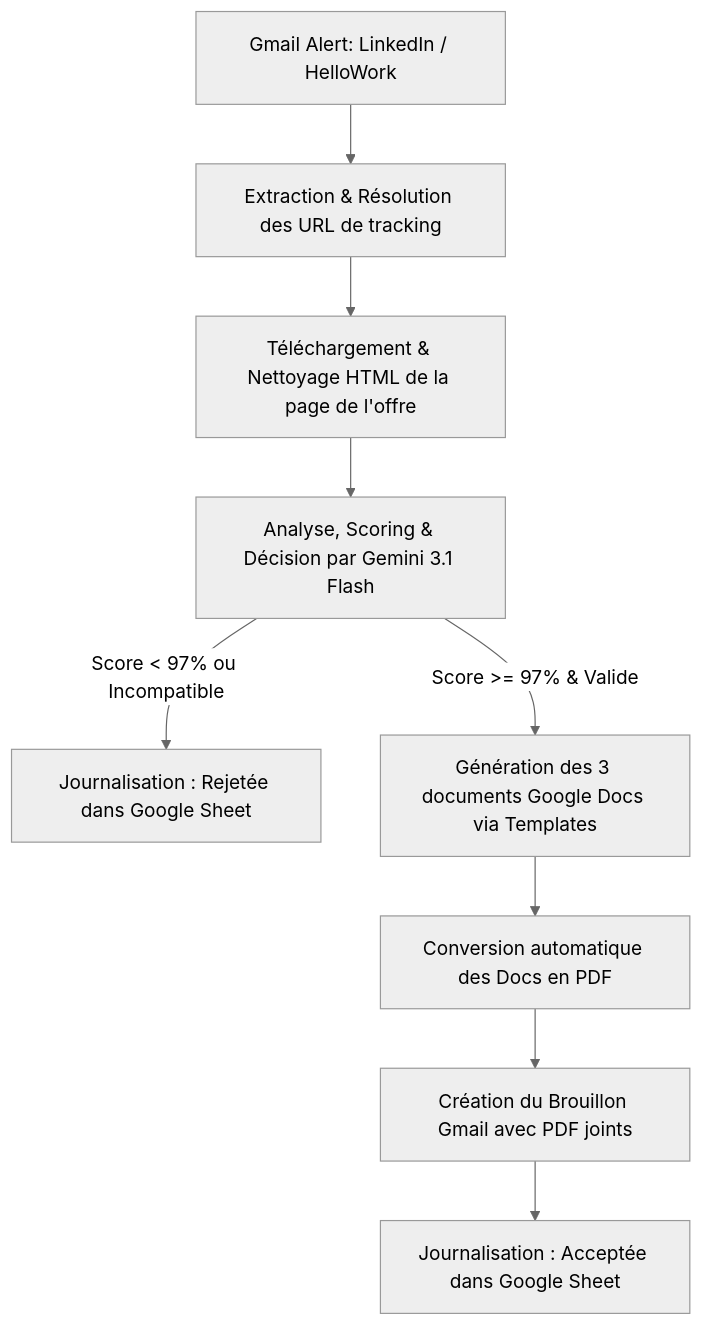
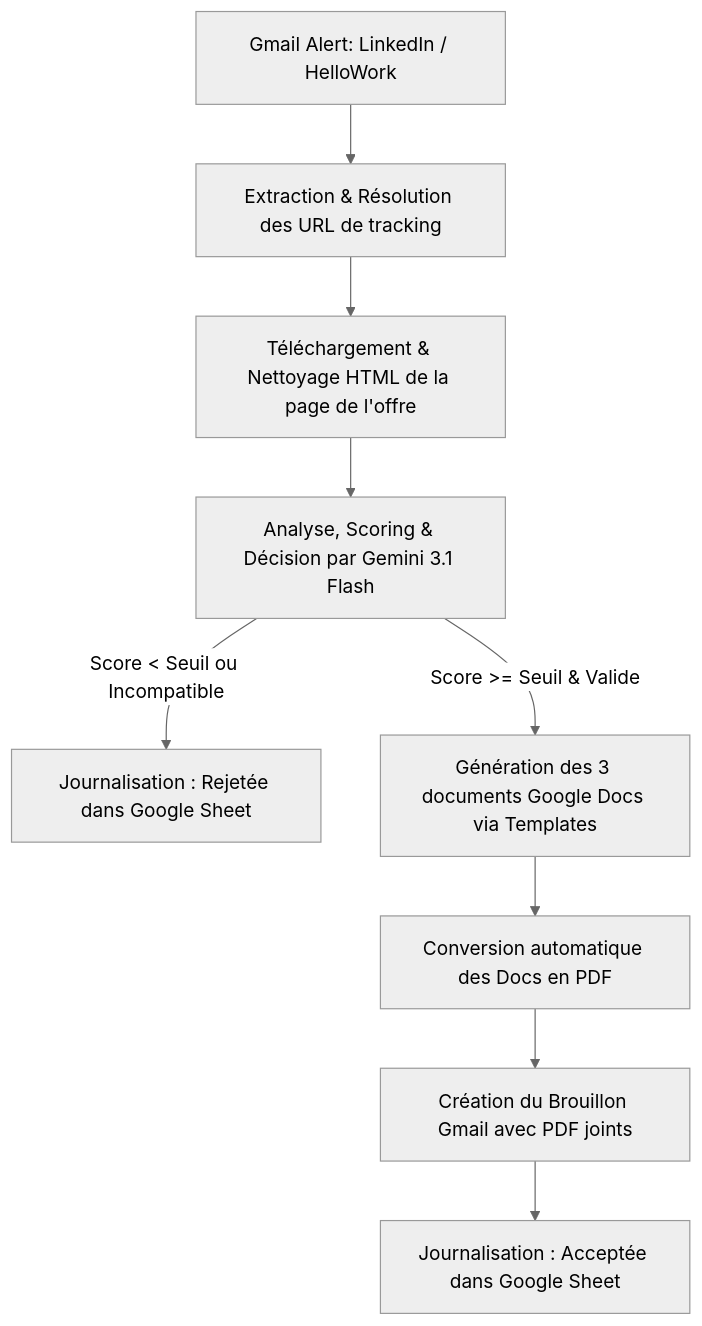
Before and after one commit to silveremartin-dev/HelloApply: the diagram in README.md, drawn with Mermaid (neutral theme). The commit also changed other lines of this file and 3 other files, not shown here.

````diff
--- a/README.md
+++ b/README.md
@@ -24,11 +24,11 @@
 ```mermaid
 graph TD
     A[Gmail Alert: LinkedIn / HelloWork] --> B[Extraction & Résolution des URL de tracking]
     B --> C[Téléchargement & Nettoyage HTML de la page de l'offre]
     C --> D[Analyse, Scoring & Décision par Gemini 3.1 Flash]
-    D -->|Score < 97% ou Incompatible| E[Journalisation : Rejetée dans Google Sheet]
-    D -->|Score >= 97% & Valide| F[Génération des 3 documents Google Docs via Templates]
+    D -->|Score < Seuil ou Incompatible| E[Journalisation : Rejetée dans Google Sheet]
+    D -->|Score >= Seuil & Valide| F[Génération des 3 documents Google Docs via Templates]
     F --> G[Conversion automatique des Docs en PDF]
     G --> H[Création du Brouillon Gmail avec PDF joints]
     H --> I[Journalisation : Acceptée dans Google Sheet]
 ```
````
